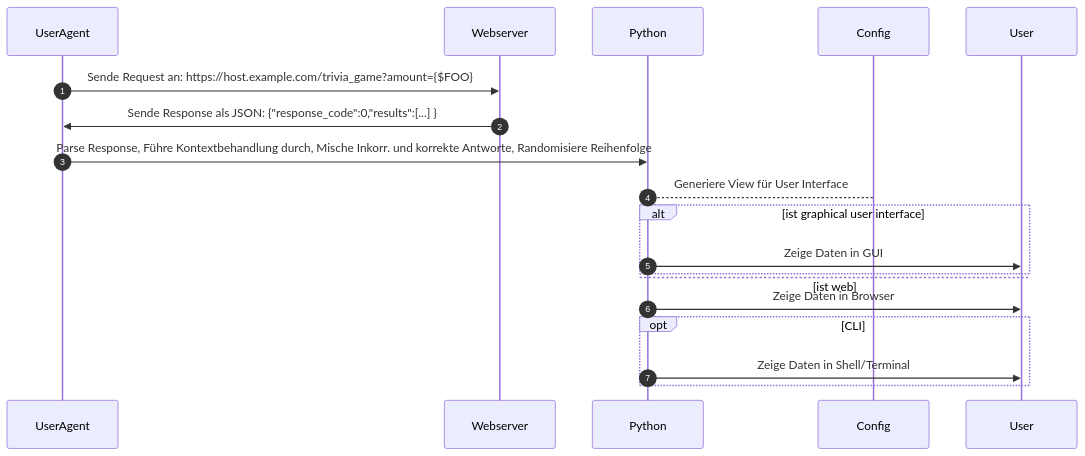
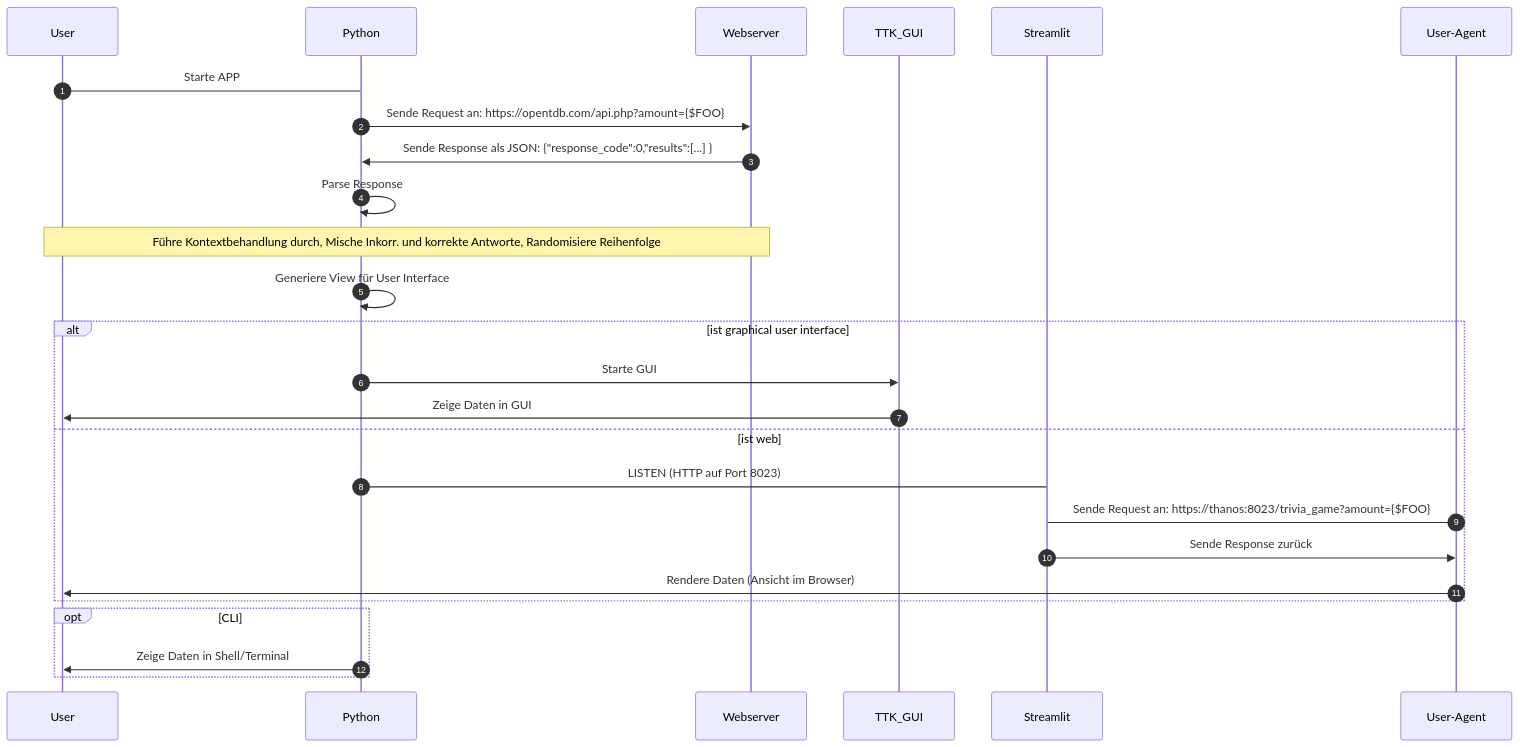
The diagram in doq/dad.md (nevsglueckauf/pyquiz), drawn with Mermaid before and after one commit. The commit also changed other lines of this file, not shown here.

Commit message:
Doq erweitert

````diff
--- a/doq/dad.md
+++ b/doq/dad.md
@@ -31,16 +31,22 @@
 ```mermaid
 sequenceDiagram
     autonumber
-    UserAgent->>Webserver: Sende Request an: https://host.example.com/trivia_game?amount={$FOO} 
-    Webserver->>UserAgent: Sende Response als JSON: {"response_code":0,"results":[...] }
-    UserAgent->>Python: Parse Response, Führe Kontextbehandlung durch, Mische Inkorr. und korrekte Antworte, Randomisiere Reihenfolge
-    Python-->Config: Generiere View für User Interface
+    User->Python : Starte APP
+    Python->>Webserver: Sende Request an: https://opentdb.com/api.php?amount={$FOO} 
+    Webserver->>Python: Sende Response als JSON: {"response_code":0,"results":[...] }
+    Python->>Python: Parse Response
+    Note over User,Webserver: Führe Kontextbehandlung durch, Mische Inkorr. und korrekte Antworte, Randomisiere Reihenfolge
+    Python->>Python:  Generiere View für User Interface
     alt ist graphical user interface
-        Python->>User: Zeige Daten in GUI 
+        Python->>TTK_GUI: Starte GUI 
+        TTK_GUI->>User: Zeige Daten in GUI 
     else ist web
+        Python->Streamlit: LISTEN (HTTP auf Port 8023)
+        User-Agent->Streamlit: Sende Request an: https://thanos:8023/trivia_game?amount={$FOO} 
+        Streamlit->>User-Agent: Sende Response zurück
+        User-Agent->>User: Rendere Daten (Ansicht im Browser)
     end
-        Python->>User: Zeige Daten in Browser
     opt CLI
         Python->>User: Zeige Daten in Shell/Terminal
     end
 ```
````
